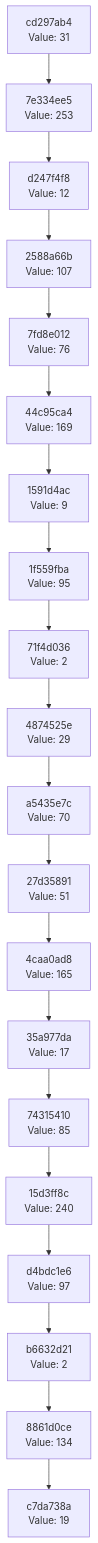
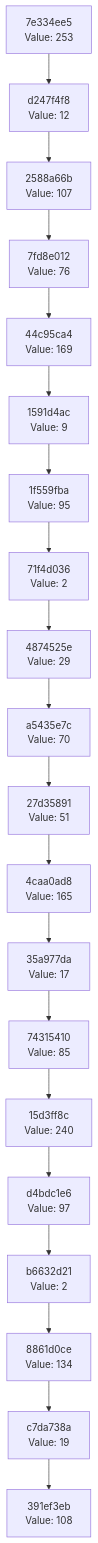
The diagram in docs/CHAIN_VISUALIZATION.md (Abhisheksinha1506/hash-chain-evolver), drawn with Mermaid before and after one commit. The commit also changed 3 other files, not shown here.

````diff
--- a/docs/CHAIN_VISUALIZATION.md
+++ b/docs/CHAIN_VISUALIZATION.md
@@ -3,42 +3,42 @@
 ```mermaid
 graph TD
-    C0["c7da738a<br/>Value: 19"]
-    C1["8861d0ce<br/>Value: 134"]
+    C0["391ef3eb<br/>Value: 108"]
+    C1["c7da738a<br/>Value: 19"]
     C1 --> C0
-    C2["b6632d21<br/>Value: 2"]
+    C2["8861d0ce<br/>Value: 134"]
     C2 --> C1
-    C3["d4bdc1e6<br/>Value: 97"]
+    C3["b6632d21<br/>Value: 2"]
     C3 --> C2
-    C4["15d3ff8c<br/>Value: 240"]
+    C4["d4bdc1e6<br/>Value: 97"]
     C4 --> C3
-    C5["74315410<br/>Value: 85"]
+    C5["15d3ff8c<br/>Value: 240"]
     C5 --> C4
-    C6["35a977da<br/>Value: 17"]
+    C6["74315410<br/>Value: 85"]
     C6 --> C5
-    C7["4caa0ad8<br/>Value: 165"]
+    C7["35a977da<br/>Value: 17"]
     C7 --> C6
-    C8["27d35891<br/>Value: 51"]
+    C8["4caa0ad8<br/>Value: 165"]
     C8 --> C7
-    C9["a5435e7c<br/>Value: 70"]
+    C9["27d35891<br/>Value: 51"]
     C9 --> C8
-    C10["4874525e<br/>Value: 29"]
+    C10["a5435e7c<br/>Value: 70"]
     C10 --> C9
-    C11["71f4d036<br/>Value: 2"]
+    C11["4874525e<br/>Value: 29"]
     C11 --> C10
-    C12["1f559fba<br/>Value: 95"]
+    C12["71f4d036<br/>Value: 2"]
     C12 --> C11
-    C13["1591d4ac<br/>Value: 9"]
+    C13["1f559fba<br/>Value: 95"]
     C13 --> C12
-    C14["44c95ca4<br/>Value: 169"]
+    C14["1591d4ac<br/>Value: 9"]
     C14 --> C13
-    C15["7fd8e012<br/>Value: 76"]
+    C15["44c95ca4<br/>Value: 169"]
     C15 --> C14
-    C16["2588a66b<br/>Value: 107"]
+    C16["7fd8e012<br/>Value: 76"]
     C16 --> C15
-    C17["d247f4f8<br/>Value: 12"]
+    C17["2588a66b<br/>Value: 107"]
     C17 --> C16
-    C18["7e334ee5<br/>Value: 253"]
+    C18["d247f4f8<br/>Value: 12"]
     C18 --> C17
-    C19["cd297ab4<br/>Value: 31"]
+    C19["7e334ee5<br/>Value: 253"]
     C19 --> C18
 ```
````
